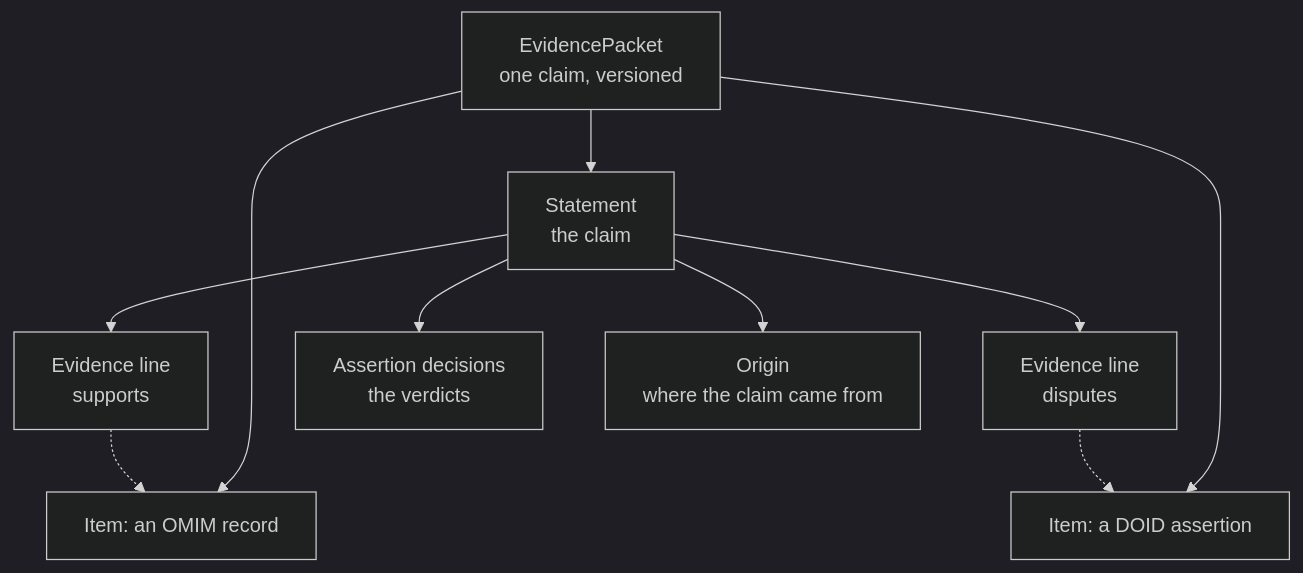
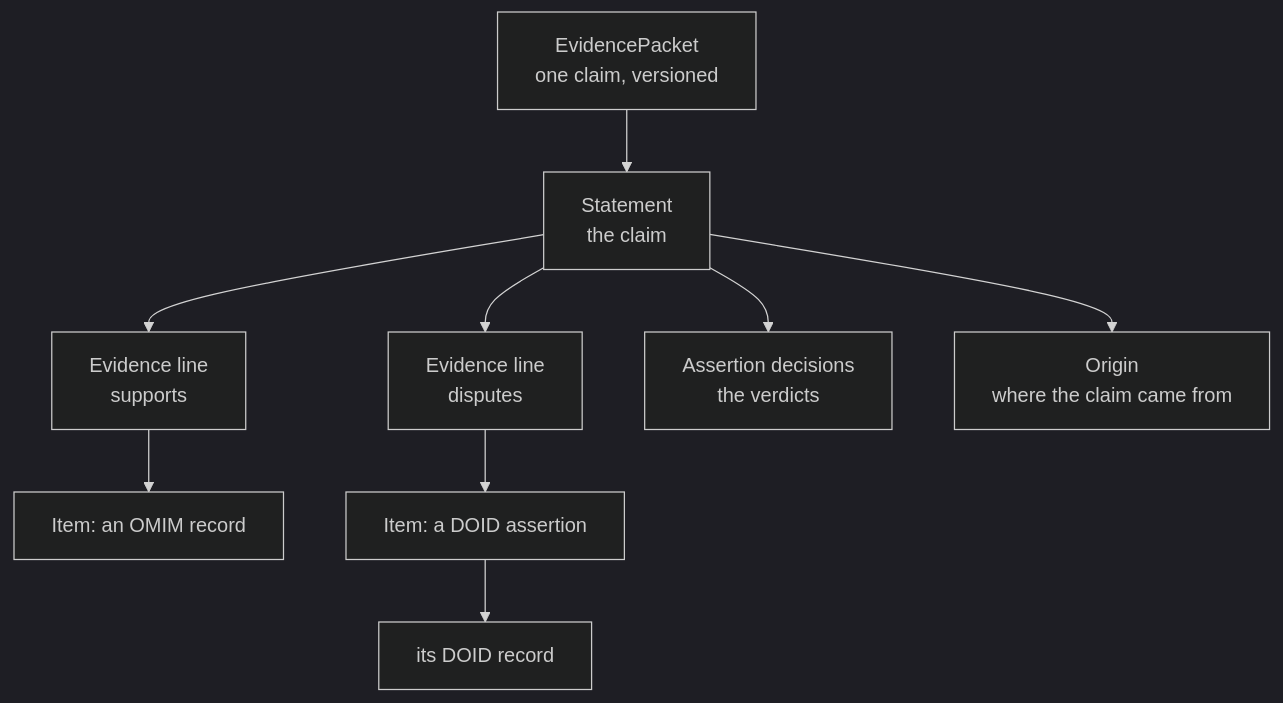
One commit to matentzn/sieve changed the diagram in docs/primer.md. Above: the diagram before and after it, drawn with Mermaid (dark theme). The commit also changed other lines of this file and 11 other files, not shown here.

````diff
--- a/docs/primer.md
+++ b/docs/primer.md
@@ -66,12 +66,11 @@
 ```mermaid
 graph TD
     P[EvidencePacket<br/>one claim, versioned] --> S[Statement<br/>the claim]
     S --> L1[Evidence line<br/>supports]
     S --> L2[Evidence line<br/>disputes]
     S --> D[Assertion decisions<br/>the verdicts]
     S --> O[Origin<br/>where the claim came from]
-    L1 -.-> I1[Item: an OMIM record]
-    L2 -.-> I2[Item: a DOID assertion]
-    P --> I1
-    P --> I2
+    L1 --> I1[Item: an OMIM record]
+    L2 --> I2[Item: a DOID assertion]
+    I2 --> R2[its DOID record]
 ```
````
